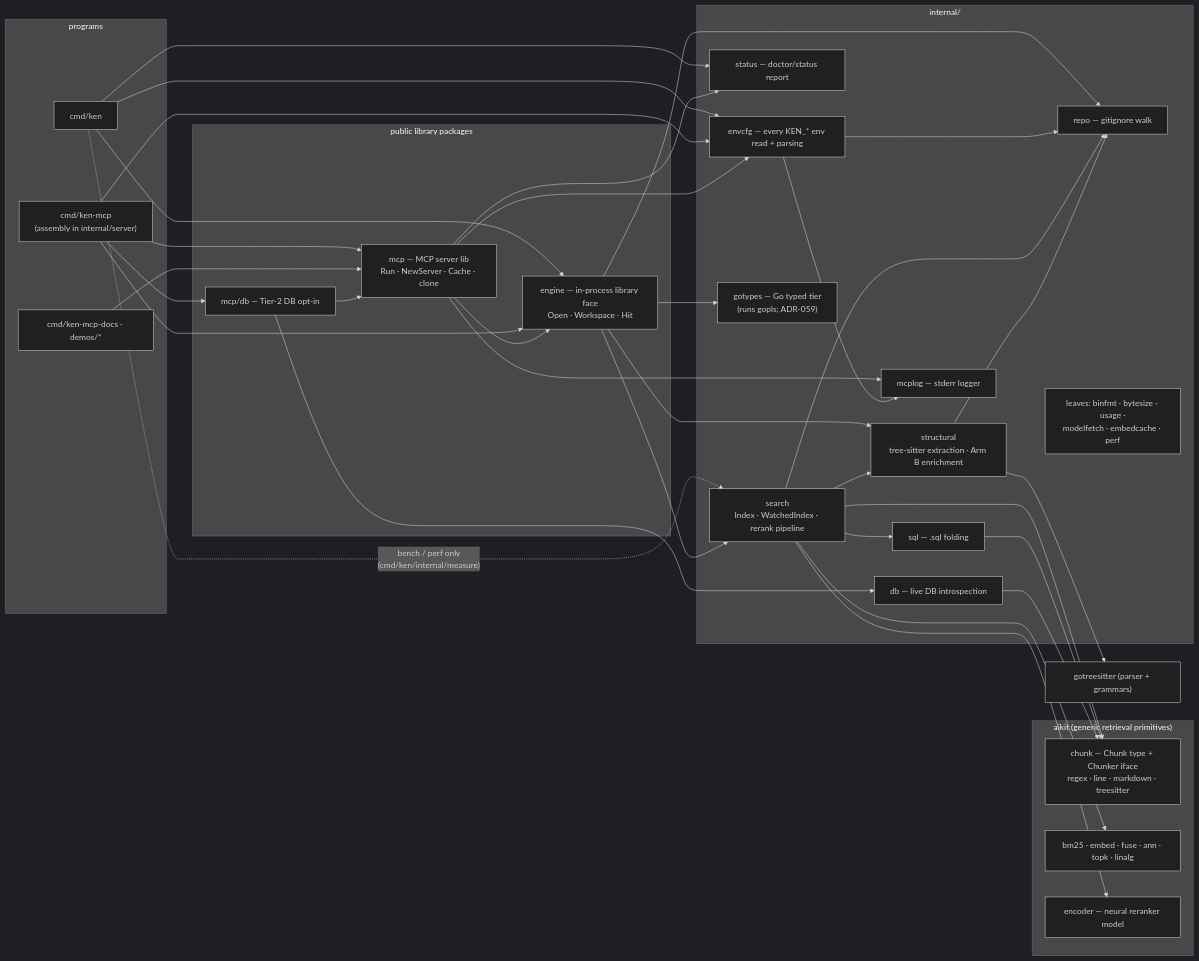
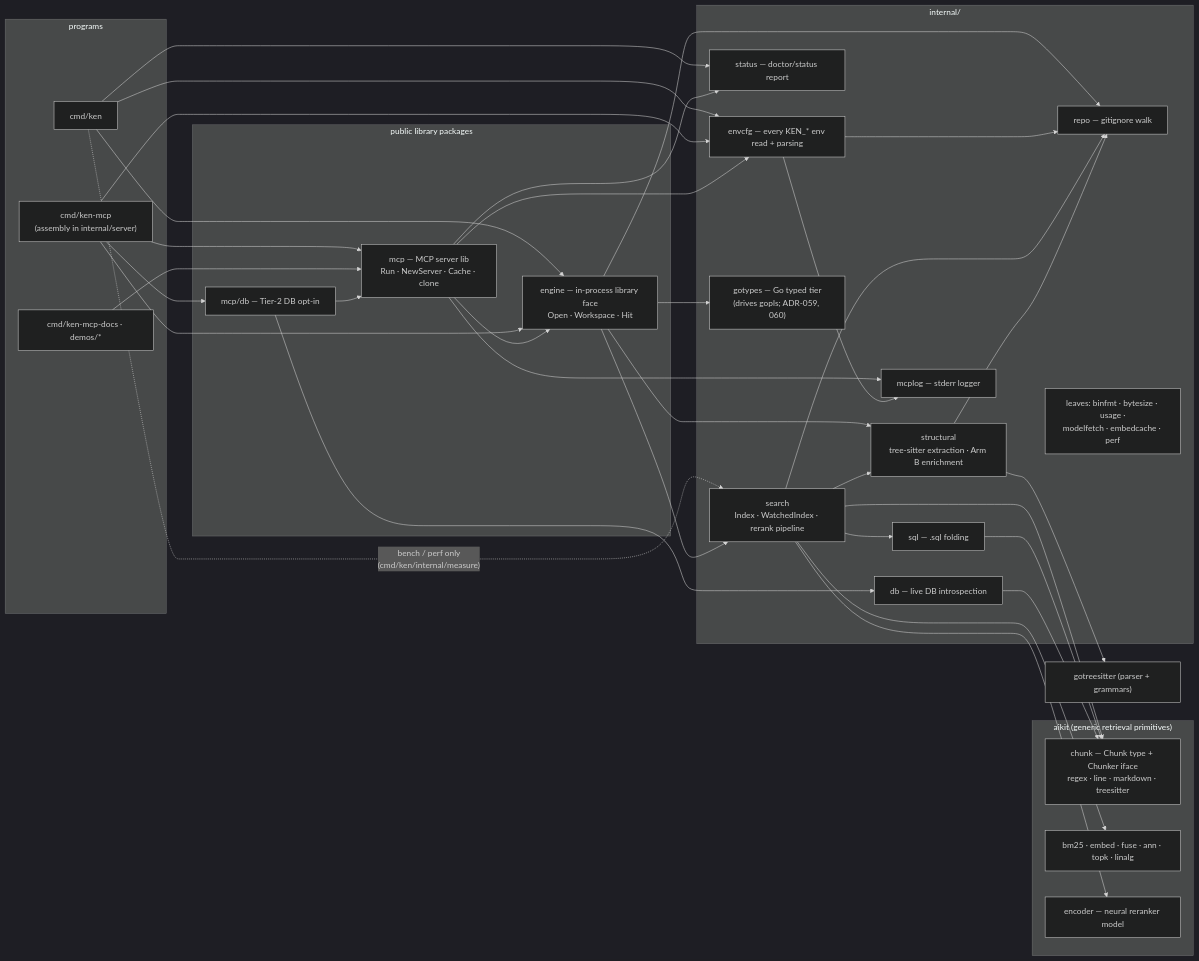
Before and after one commit to townsendmerino/ken: the first of 2 diagrams in ARCHITECTURE.md, drawn with Mermaid (dark theme). The commit also changed other lines of this file and 28 other files, not shown here.

````diff
--- a/ARCHITECTURE.md
+++ b/ARCHITECTURE.md
@@ -15,44 +15,44 @@
 ```mermaid
 graph LR
     subgraph aikit ["aikit (generic retrieval primitives)"]
         chunk["chunk — Chunk type + Chunker iface<br/>regex · line · markdown · treesitter"]
         retr["bm25 · embed · fuse · ann · topk · linalg"]
         encoder["encoder — neural reranker model"]
     end
     gts["gotreesitter (parser + grammars)"]
     subgraph programs ["programs"]
         ken["cmd/ken"]
         kenmcp["cmd/ken-mcp<br/>(assembly in internal/server)"]
         embedded["cmd/ken-mcp-docs · demos/*"]
     end
     subgraph public ["public library packages"]
         engine["engine — in-process library face<br/>Open · Workspace · Hit"]
         mcppkg["mcp — MCP server lib<br/>Run · NewServer · Cache · clone"]
         mcpdb["mcp/db — Tier-2 DB opt-in"]
     end
     subgraph internal ["internal/"]
         search["search<br/>Index · WatchedIndex · rerank pipeline"]
         structural["structural<br/>tree-sitter extraction · Arm B enrichment"]
         repo["repo — gitignore walk"]
         sqlpkg["sql — .sql folding"]
         dbpkg["db — live DB introspection"]
         status["status — doctor/status report"]
         envcfg["envcfg — every KEN_* env read + parsing"]
         mcplog["mcplog — stderr logger"]
-        gotypes["gotypes — Go typed tier<br/>(runs gopls; ADR-059)"]
+        gotypes["gotypes — Go typed tier<br/>(drives gopls; ADR-059, 060)"]
         small["leaves: binfmt · bytesize · usage ·<br/>modelfetch · embedcache · perf"]
     end
     ken --> engine & status & envcfg
     ken -. "bench / perf only<br/>(cmd/ken/internal/measure)" .-> search
     kenmcp --> engine & mcppkg & mcpdb & envcfg
     embedded --> mcppkg
     engine --> search & structural & repo & gotypes
     mcppkg --> engine & status & mcplog & envcfg
     mcpdb --> mcppkg & dbpkg
     envcfg --> mcplog & repo
     search --> structural & repo & sqlpkg
     structural --> repo
     search --> chunk & retr & encoder
     structural --> gts
     sqlpkg & dbpkg --> chunk
 ```
````
